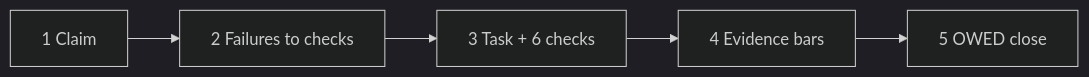
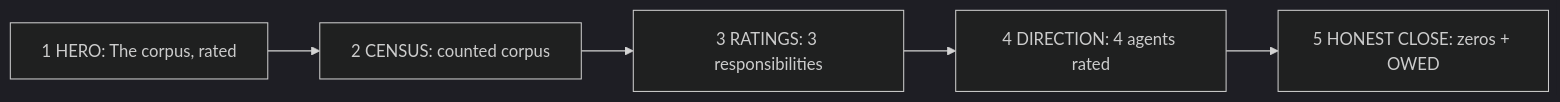
The diagram in motion/BEATS.md (SoMaCoSF/polaris), drawn with Mermaid (dark theme) before and after one commit. The commit also changed other lines of this file and 12 other files, not shown here.

````diff
--- a/motion/BEATS.md
+++ b/motion/BEATS.md
@@ -9,4 +10,7 @@
 ```mermaid
 flowchart LR
-    B1[1 Claim] --> B2[2 Failures to checks] --> B3[3 Task + 6 checks] --> B4[4 Evidence bars] --> B5[5 OWED close]
+    B1[1 HERO: The corpus, rated] --> B2[2 CENSUS: counted corpus]
+    B2 --> B3[3 RATINGS: 3 responsibilities]
+    B3 --> B4[4 DIRECTION: 4 agents rated]
+    B4 --> B5[5 HONEST CLOSE: zeros + OWED]
 ```
````
